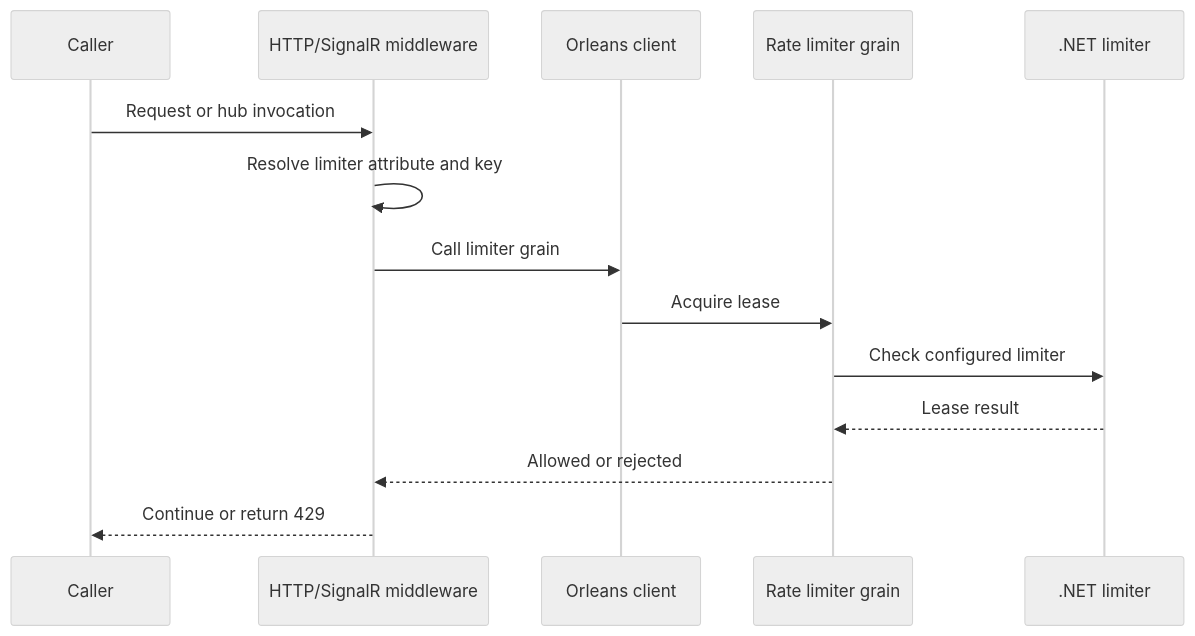
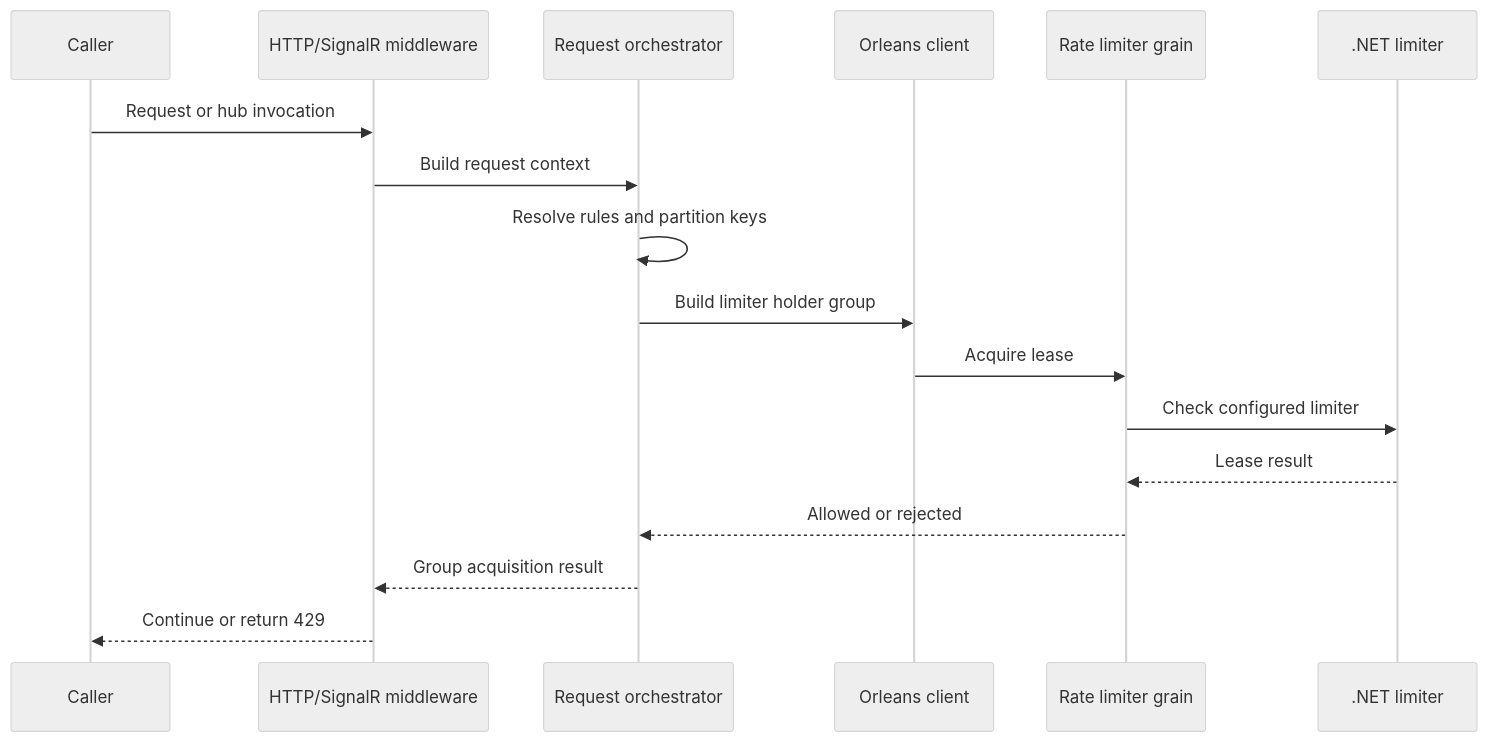
One commit to managedcode/Orleans.RateLimiting changed the second of 3 diagrams in docs/Architecture.md. Above: the diagram before and after it, drawn with Mermaid (neutral theme). The commit also changed other lines of this file and 76 other files, not shown here.

Commit message:
Refine rate limiting orchestration architecture

````diff
--- a/docs/Architecture.md
+++ b/docs/Architecture.md
@@ -30,17 +30,20 @@
 ```mermaid
 sequenceDiagram
     participant Caller
     participant Middleware as HTTP/SignalR middleware
+    participant Orchestrator as Request orchestrator
     participant Client as Orleans client
     participant Grain as Rate limiter grain
     participant Limiter as .NET limiter
 
     Caller->>Middleware: Request or hub invocation
-    Middleware->>Middleware: Resolve limiter attribute and key
-    Middleware->>Client: Call limiter grain
+    Middleware->>Orchestrator: Build request context
+    Orchestrator->>Orchestrator: Resolve rules and partition keys
+    Orchestrator->>Client: Build limiter holder group
     Client->>Grain: Acquire lease
     Grain->>Limiter: Check configured limiter
     Limiter-->>Grain: Lease result
-    Grain-->>Middleware: Allowed or rejected
+    Grain-->>Orchestrator: Allowed or rejected
+    Orchestrator-->>Middleware: Group acquisition result
     Middleware-->>Caller: Continue or return 429
 ```
````
